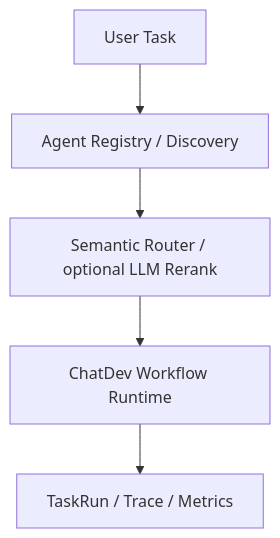
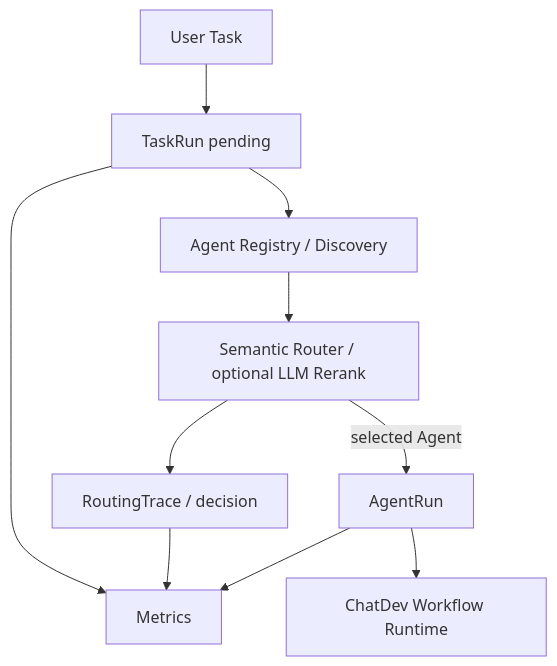
The diagram in README.md (hongmuyu/AgentHub), drawn with Mermaid before and after one commit. The commit also changed other lines of this file and 31 other files, not shown here.

````diff
--- a/README.md
+++ b/README.md
@@ -66,7 +66,12 @@
 ```mermaid
 flowchart TD
-    U[User Task] --> D[Agent Registry / Discovery]
+    U[User Task] --> T[TaskRun pending]
+    T --> D[Agent Registry / Discovery]
     D --> R[Semantic Router / optional LLM Rerank]
-    R --> W[ChatDev Workflow Runtime]
-    W --> O[TaskRun / Trace / Metrics]
+    R --> Q[RoutingTrace / decision]
+    R -->|selected Agent| A[AgentRun]
+    A --> W[ChatDev Workflow Runtime]
+    T --> M[Metrics]
+    Q --> M
+    A --> M
 ```
````
